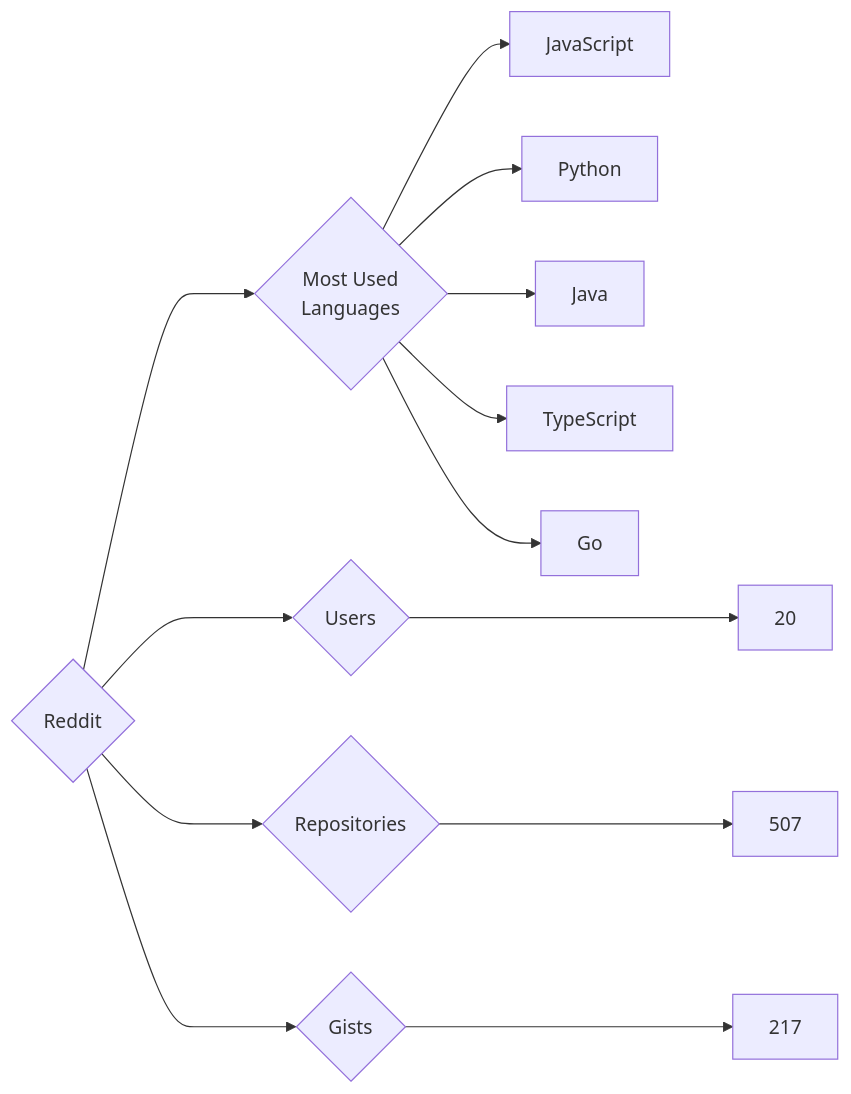
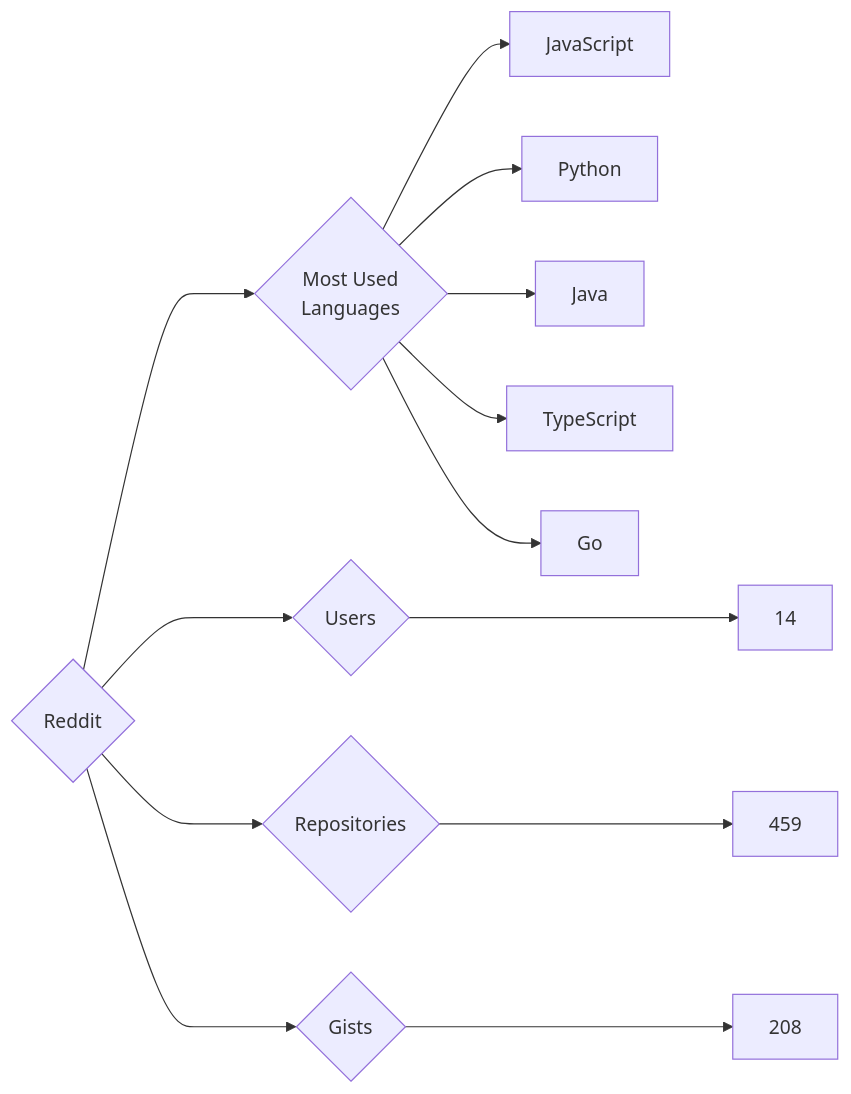
One commit to trickest/insiders changed the diagram in targets/Reddit/README.md. Above: the diagram before and after it, drawn with Mermaid. The commit also changed 444 other files, not shown here.

````diff
--- a/targets/Reddit/README.md
+++ b/targets/Reddit/README.md
@@ -3,13 +3,13 @@
 ```mermaid
 graph LR
 COMPANY_NAME{Reddit}
-COMPANY_NAME ---> U{Users} ---> UN[20]
-COMPANY_NAME ---> R{Repositories} ---> RN[507]
-COMPANY_NAME ---> G{Gists} ---> GN[217]
+COMPANY_NAME ---> U{Users} ---> UN[14]
+COMPANY_NAME ---> R{Repositories} ---> RN[459]
+COMPANY_NAME ---> G{Gists} ---> GN[208]
 COMPANY_NAME ---> ML{Most Used<br>Languages}
 ML --> JavaScript[JavaScript]
 ML --> Python[Python]
 ML --> Java[Java]
 ML --> TypeScript[TypeScript]
 ML --> Go[Go]
 ```
````
